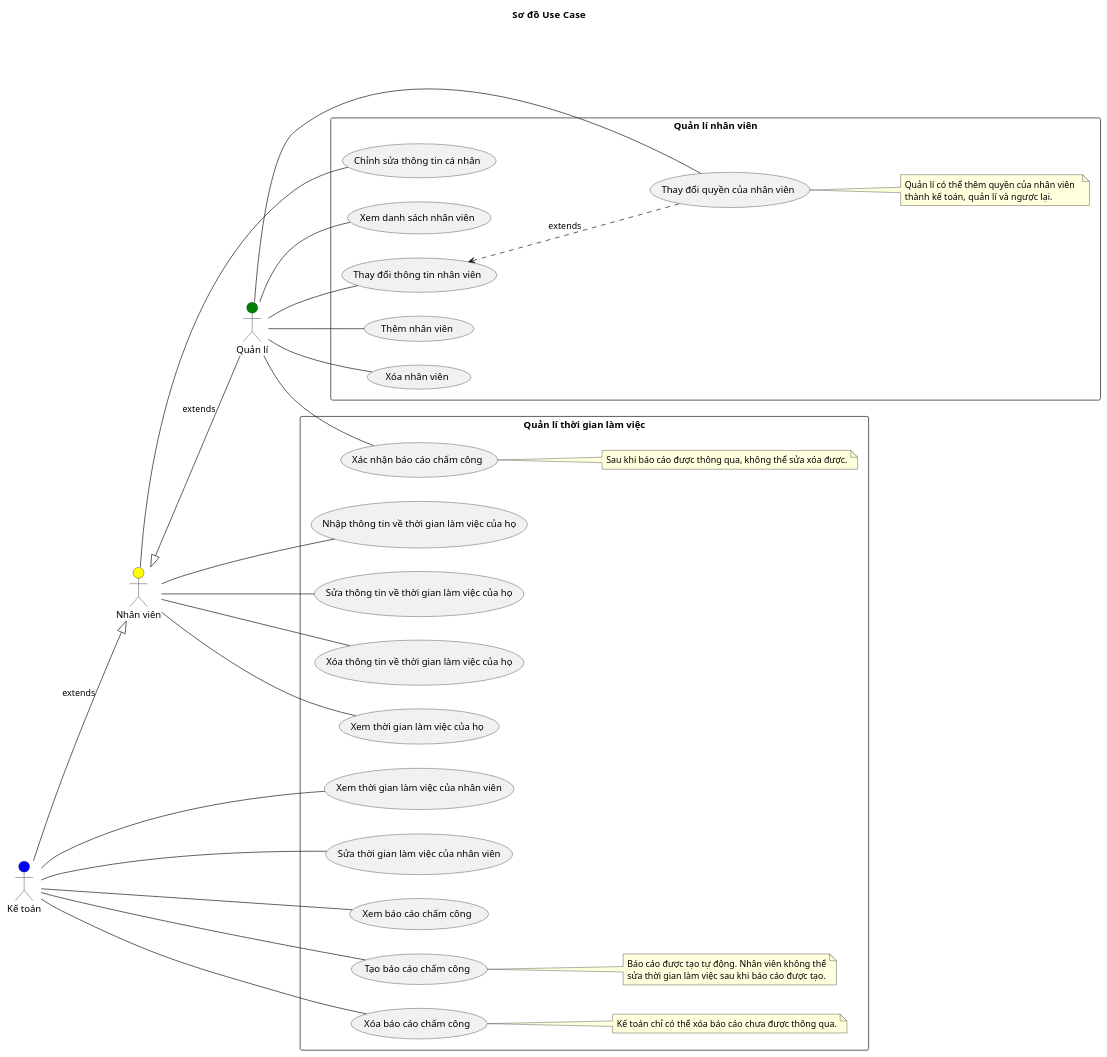
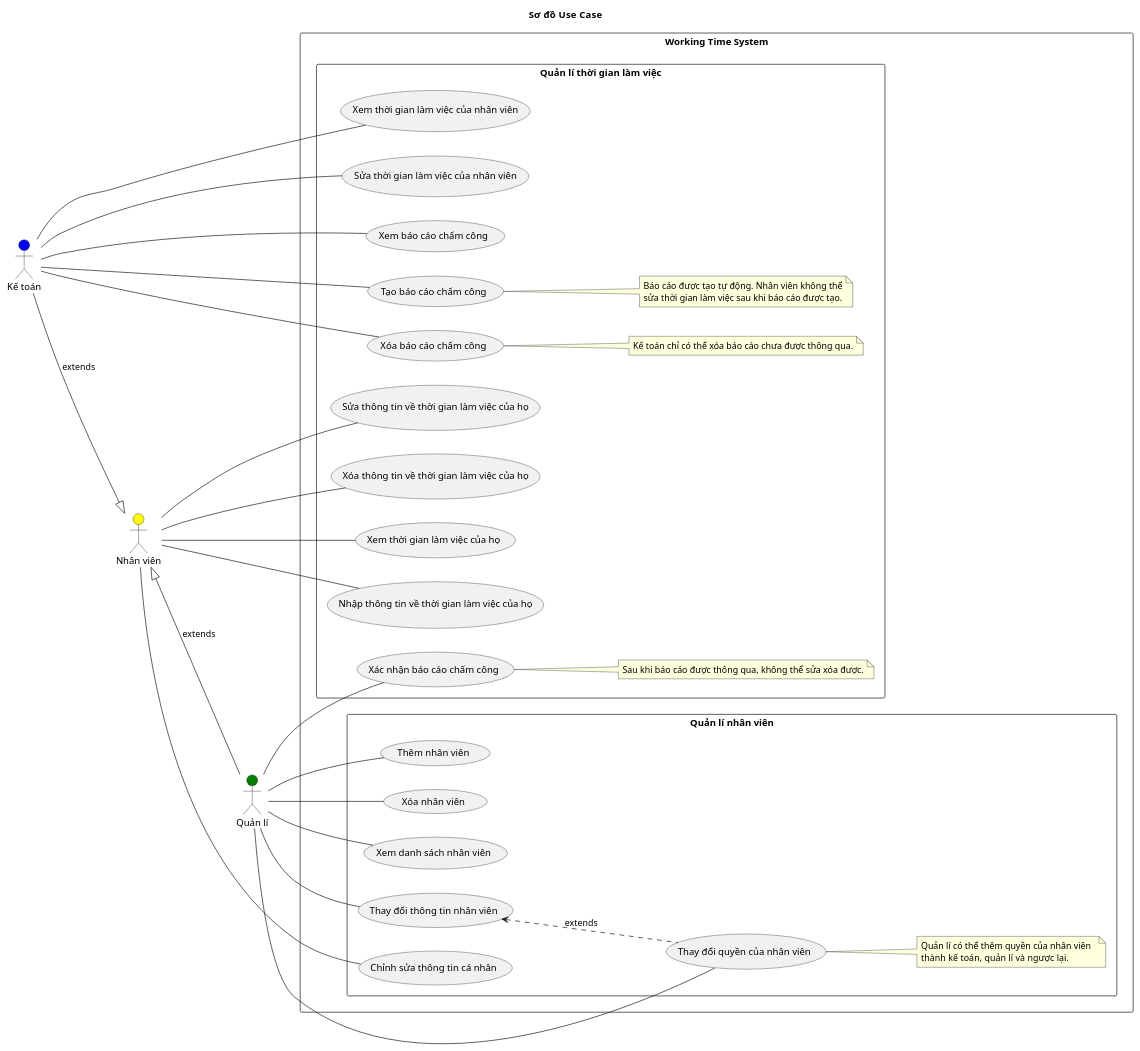
One commit to oximenvn/Working-Time-Management changed the diagram in UseCase.puml. Above: the diagram before and after it, drawn with PlantUML. The commit also changed 1 other file, not shown here.

```diff
--- a/UseCase.puml
+++ b/UseCase.puml
@@ -1,61 +1,63 @@
 @startuml
 
 left to right direction
 
 skinparam actor {
     BorderColor black
     
 }
 
 title  Sơ đồ  Use Case  
 
 :Quản lí: as Ad #green
 :Nhân viên: as U  #yellow
 :Kế toán: as Ac #blue
 
 U <|-down- Ad : extends
 U <|-up- Ac : extends
 
-rectangle "Quản lí nhân viên" {
-Ad -- (Thêm nhân viên)
-Ad -- (Xóa nhân viên)
-Ad -- (Xem danh sách nhân viên)
-Ad -- (Thay đổi thông tin nhân viên)
-Ad -- (Thay đổi quyền của nhân viên) 
-note right of (Thay đổi quyền của nhân viên) 
-    Quản lí có thể thêm quyền của nhân viên  
-    thành kế  toán, quản lí và ngược lại.
-end note
-(Thay đổi thông tin nhân viên) <.. (Thay đổi quyền của nhân viên) : extends
+rectangle "Working Time System"  {
+    rectangle "Quản lí nhân viên" {
+    Ad -- (Thêm nhân viên)
+    Ad -- (Xóa nhân viên)
+    Ad -- (Xem danh sách nhân viên)
+    Ad -- (Thay đổi thông tin nhân viên)
+    Ad -- (Thay đổi quyền của nhân viên) 
+    note right of (Thay đổi quyền của nhân viên) 
+        Quản lí có thể thêm quyền của nhân viên  
+        thành kế  toán, quản lí và ngược lại.
+    end note
+    (Thay đổi thông tin nhân viên) <.. (Thay đổi quyền của nhân viên) : extends
 
 
-U -- (Chỉnh sửa thông tin cá nhân)
+    U -- (Chỉnh sửa thông tin cá nhân)
 
 
-}
+    }
 
-rectangle "Quản lí thời gian làm việc" {
-Ad -- (Xác nhận báo cáo chấm công)
-note right of (Xác nhận báo cáo chấm công)
-    Sau khi báo cáo được thông qua, không thể sửa xóa được.
-end note
+    rectangle "Quản lí thời gian làm việc" {
+    Ad -- (Xác nhận báo cáo chấm công)
+    note right of (Xác nhận báo cáo chấm công)
+        Sau khi báo cáo được thông qua, không thể sửa xóa được.
+    end note
 
-U -- (Nhập thông tin về thời gian làm việc của họ)
-U -- (Sửa thông tin về thời gian làm việc của họ)
-U -- (Xóa thông tin về thời gian làm việc của họ)
-U -- (Xem thời gian làm việc của họ)
+    U -- (Nhập thông tin về thời gian làm việc của họ)
+    U -- (Sửa thông tin về thời gian làm việc của họ)
+    U -- (Xóa thông tin về thời gian làm việc của họ)
+    U -- (Xem thời gian làm việc của họ)
 
-Ac -- (Xem thời gian làm việc của nhân viên)
-Ac -- (Sửa thời gian làm việc của nhân viên)
-Ac -- (Xem báo cáo chấm công)
-Ac -- (Tạo báo cáo chấm công)
-note right of (Tạo báo cáo chấm công)
-    Báo cáo được tạo tự động. Nhân viên không thể
-    sửa thời gian làm việc sau khi báo cáo được tạo.
-end note
-Ac -- (Xóa báo cáo chấm công)
-note right of (Xóa báo cáo chấm công)
-    Kế toán chỉ có thể xóa báo cáo chưa được thông qua.
-end note
+    Ac -- (Xem thời gian làm việc của nhân viên)
+    Ac -- (Sửa thời gian làm việc của nhân viên)
+    Ac -- (Xem báo cáo chấm công)
+    Ac -- (Tạo báo cáo chấm công)
+    note right of (Tạo báo cáo chấm công)
+        Báo cáo được tạo tự động. Nhân viên không thể
+        sửa thời gian làm việc sau khi báo cáo được tạo.
+    end note
+    Ac -- (Xóa báo cáo chấm công)
+    note right of (Xóa báo cáo chấm công)
+        Kế toán chỉ có thể xóa báo cáo chưa được thông qua.
+    end note
+    }
 }
 @enduml
```
